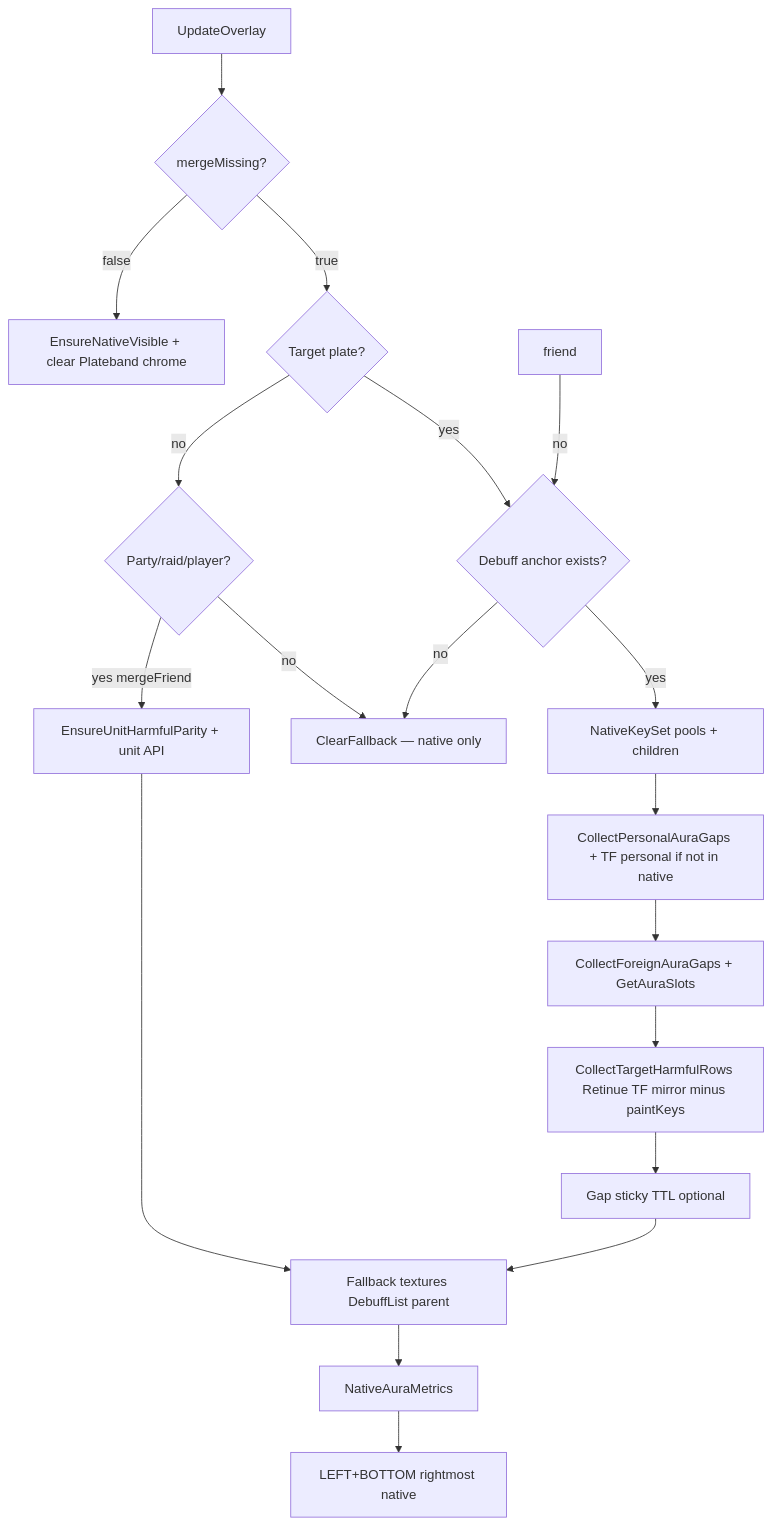
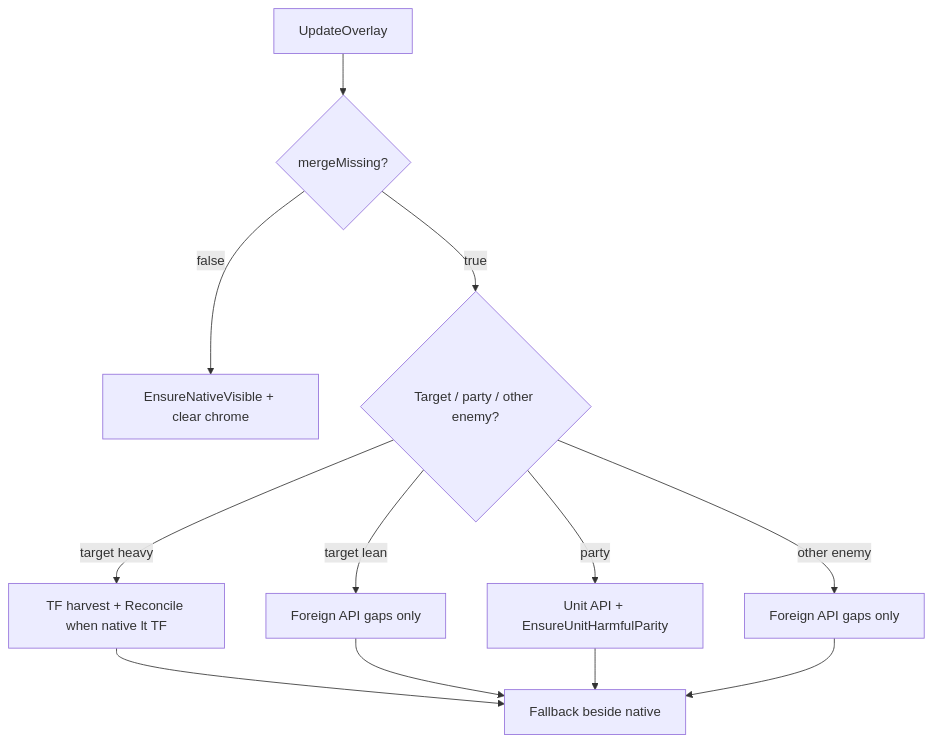
The diagram in addons/Plateband/Docs/merge-design.md (sirTurbisCZ/wow-forever-addons), drawn with Mermaid before and after one commit. The commit also changed 6 other files, not shown here.

First line of the commit message:
fix(Plateband): lean harvest + trace I/O cut (0.2.31)

````diff
--- a/addons/Plateband/Docs/merge-design.md
+++ b/addons/Plateband/Docs/merge-design.md
@@ -22,21 +22,14 @@
 ```mermaid
 flowchart TD
   tick[UpdateOverlay] --> gate{mergeMissing?}
-  gate -->|false| nativeOnly[EnsureNativeVisible + clear Plateband chrome]
-  gate -->|true| tgt{Target plate?}
-  tgt -->|yes| row
-  tgt -->|no| party{Party/raid/player?}
-  party -->|yes mergeFriend| unitParity[EnsureUnitHarmfulParity + unit API]
-  party -->|no| skip[ClearFallback — native only]
+  gate -->|false| nativeOnly[EnsureNativeVisible + clear chrome]
+  gate -->|true| kind{Target / party / other enemy?}
+  kind -->|target heavy| tfPath[TF harvest + Reconcile when native lt TF]
+  kind -->|target lean| leanT[Foreign API gaps only]
+  kind -->|party| unitParity[Unit API + EnsureUnitHarmfulParity]
+  kind -->|other enemy| leanE[Foreign API gaps only]
+  tfPath --> paint[Fallback beside native]
+  leanT --> paint
   unitParity --> paint
-  friend -->|no| row{Debuff anchor exists?}
-  row -->|no| skip
-  row -->|yes| native[NativeKeySet pools + children]
-  native --> per[CollectPersonalAuraGaps + TF personal if not in native]
-  per --> api[CollectForeignAuraGaps + GetAuraSlots]
-  api --> tf[CollectTargetHarmfulRows Retinue TF mirror minus paintKeys]
-  tf --> sticky[Gap sticky TTL optional]
-  sticky --> paint[Fallback textures DebuffList parent]
-  paint --> metrics[NativeAuraMetrics]
-  metrics --> layout[LEFT+BOTTOM rightmost native]
+  leanE --> paint
 ```
````
